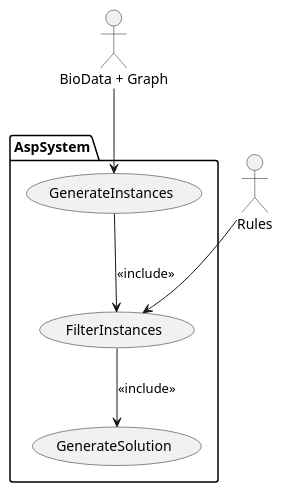
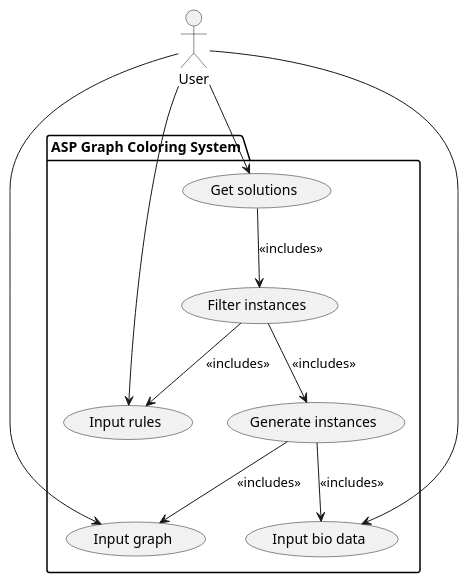
Before and after one commit to rami3l/ecn-pappl-asp: the diagram in uml/use_case.puml, drawn with PlantUML.

Commit message:
feat: update `use_case`

```diff
--- a/uml/use_case.puml
+++ b/uml/use_case.puml
@@ -1,15 +1,22 @@
 @startuml Graph Coloring with ASP
 
-actor "BioData + Graph" as data
-actor Rules
-package AspSystem {
-    usecase GenerateInstances as inst
-    data --> inst
-    usecase FilterInstances as filter
-    inst --> filter : <<include>>
-    Rules --> filter
-    usecase GenerateSolution as solve
-    filter --> solve : <<include>>
+actor User
+package "ASP Graph Coloring System" {
+    usecase "Input graph" as graph
+    usecase "Input bio data" as data
+    usecase "Input rules" as rules
+    usecase "Generate instances" as inst
+    usecase "Filter instances" as filter
+    usecase "Get solutions" as solve
+    User --> graph
+    User --> data
+    User --> rules
+    User --> solve
+    inst --> graph : <<includes>>
+    inst --> data : <<includes>>
+    filter --> inst : <<includes>>
+    filter --> rules : <<includes>>
+    solve --> filter : <<includes>>
 }
 
 @enduml
```
